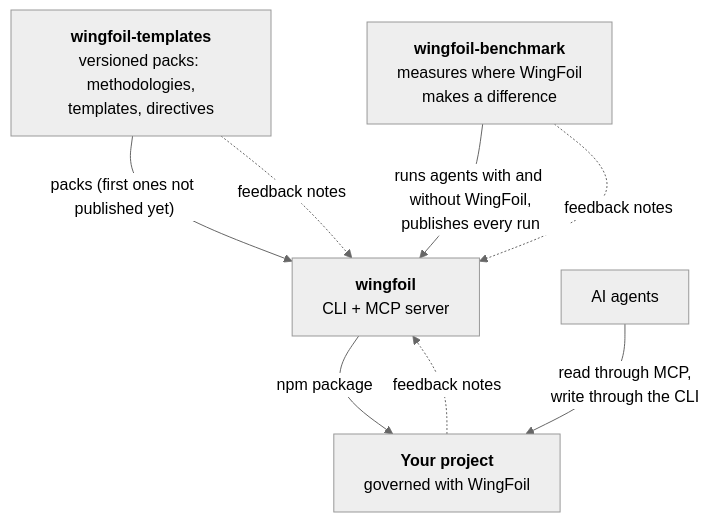
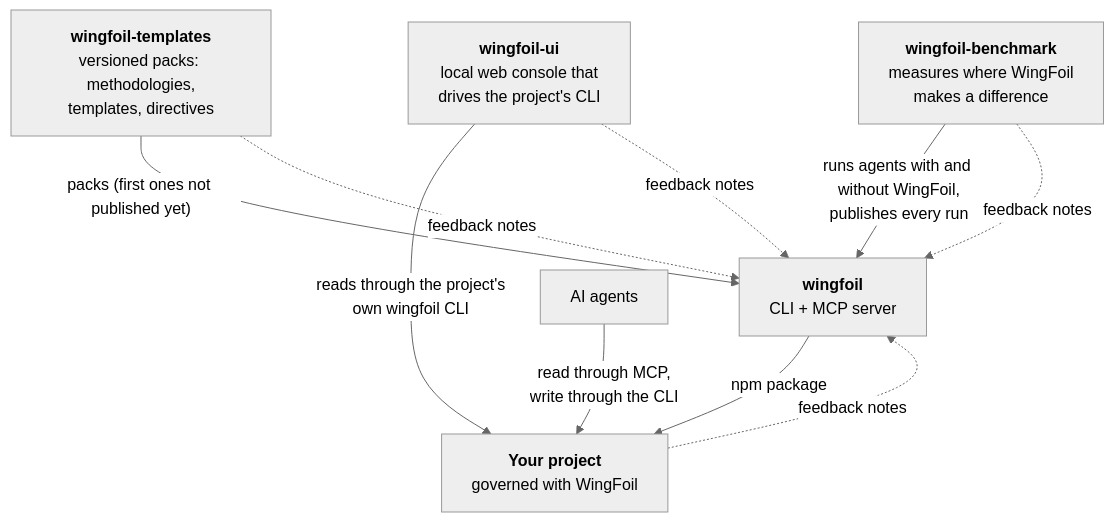
Before and after one commit to wingfoil/.github: the diagram in docs/ecosystem.md, drawn with Mermaid (neutral theme). The commit also changed other lines of this file and 2 other files, not shown here.

Commit message:
Profile: wingfoil-ui in the repository table, ecosystem and resources
Source: wingfoil-ui is public on GitHub (approver's decision of 2026-10-11 to keep it public and
list it). Links its README, user guide and CLI reference on main; not on npm. The release tag
will be linked once it exists on the remote.

````diff
--- a/docs/ecosystem.md
+++ b/docs/ecosystem.md
@@ -6,16 +6,19 @@
 ```mermaid
 flowchart TB
     T["<b>wingfoil-templates</b><br/>versioned packs: methodologies,<br/>templates, directives"]
     W["<b>wingfoil</b><br/>CLI + MCP server"]
+    U["<b>wingfoil-ui</b><br/>local web console that<br/>drives the project's CLI"]
     B["<b>wingfoil-benchmark</b><br/>measures where WingFoil<br/>makes a difference"]
     Y["<b>Your project</b><br/>governed with WingFoil"]
     A["AI agents"]
 
     T -- "packs (first ones not published yet)" --> W
     W -- "npm package" --> Y
+    U -- "reads through the project's<br/>own wingfoil CLI" --> Y
     A -- "read through MCP,<br/>write through the CLI" --> Y
     B -- "runs agents with and without WingFoil,<br/>publishes every run" --> W
     T -. "feedback notes" .-> W
     B -. "feedback notes" .-> W
+    U -. "feedback notes" .-> W
     Y -. "feedback notes" .-> W
 ```
````
